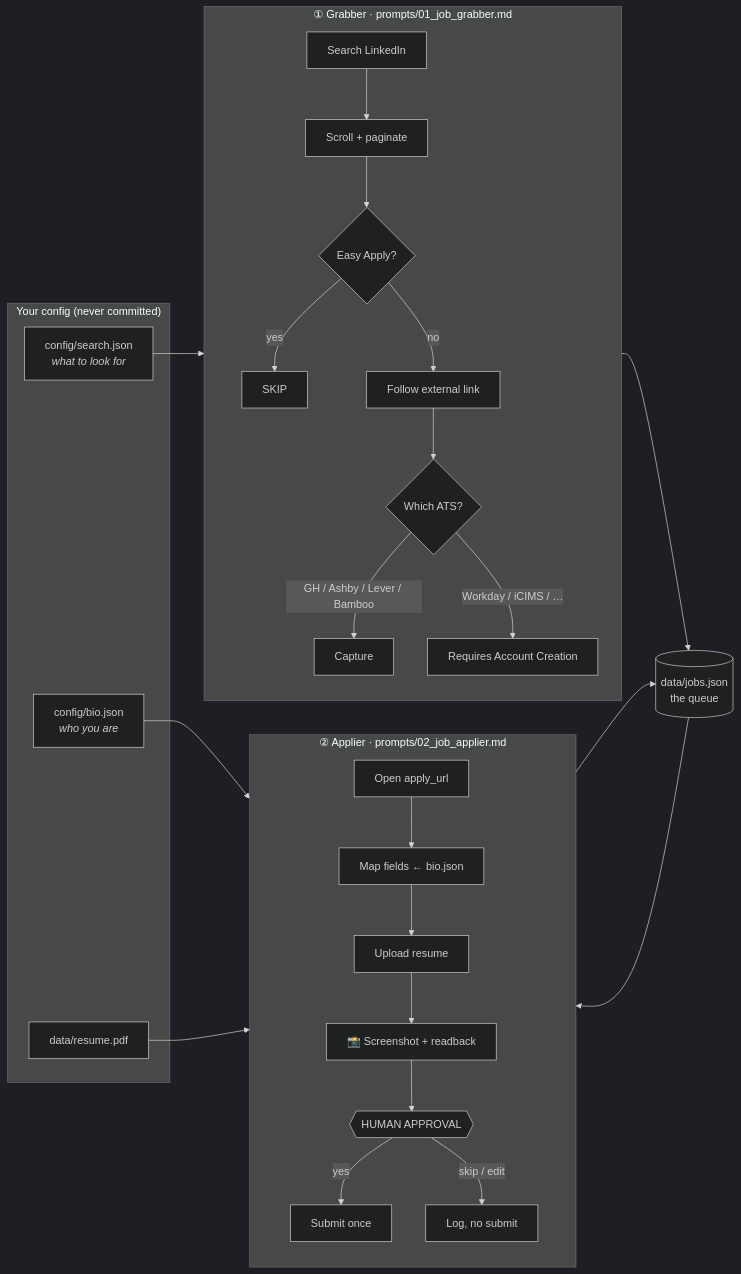
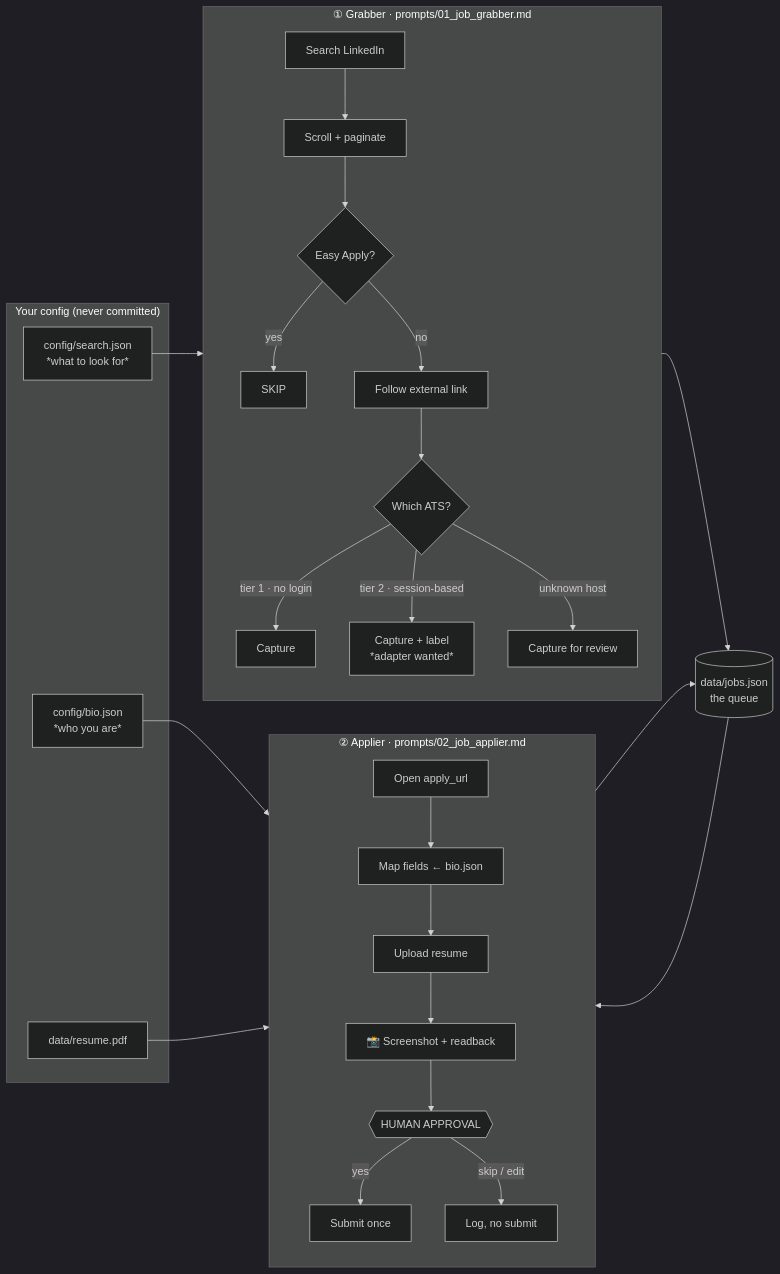
One commit to henryagyare/linkedin-claude-connector changed the diagram in README.md. Above: the diagram before and after it, drawn with Mermaid (dark theme). The commit also changed other lines of this file and 11 other files, not shown here.

````diff
--- a/README.md
+++ b/README.md
@@ -56,36 +70,37 @@
 ```mermaid
 flowchart LR
     subgraph CFG["Your config (never committed)"]
-        A1["config/search.json<br/><i>what to look for</i>"]
-        A2["config/bio.json<br/><i>who you are</i>"]
+        A1["config/search.json<br/>*what to look for*"]
+        A2["config/bio.json<br/>*who you are*"]
         A3["data/resume.pdf"]
     end
 
     subgraph P1["① Grabber · prompts/01_job_grabber.md"]
         B1["Search LinkedIn"] --> B2["Scroll + paginate"]
         B2 --> B3{"Easy Apply?"}
         B3 -- yes --> B4["SKIP"]
         B3 -- no --> B5["Follow external link"]
         B5 --> B6{"Which ATS?"}
-        B6 -- "GH / Ashby / Lever / Bamboo" --> B7["Capture"]
-        B6 -- "Workday / iCIMS / …" --> B8["Requires Account Creation"]
+        B6 -- "tier 1 · no login" --> B7["Capture"]
+        B6 -- "tier 2 · session-based" --> B8["Capture + label<br/>*adapter wanted*"]
+        B6 -- "unknown host" --> B9["Capture for review"]
     end
 
     HUB[("data/jobs.json<br/>the queue")]
 
     subgraph P2["② Applier · prompts/02_job_applier.md"]
         C1["Open apply_url"] --> C2["Map fields ← bio.json"]
         C2 --> C3["Upload resume"]
         C3 --> C4["📸 Screenshot + readback"]
         C4 --> C5{{"HUMAN APPROVAL"}}
         C5 -- yes --> C6["Submit once"]
         C5 -- "skip / edit" --> C7["Log, no submit"]
     end
 
     A1 --> P1
     P1 --> HUB
     HUB --> P2
     A2 --> P2
     A3 --> P2
     P2 --> HUB
 ```
````
